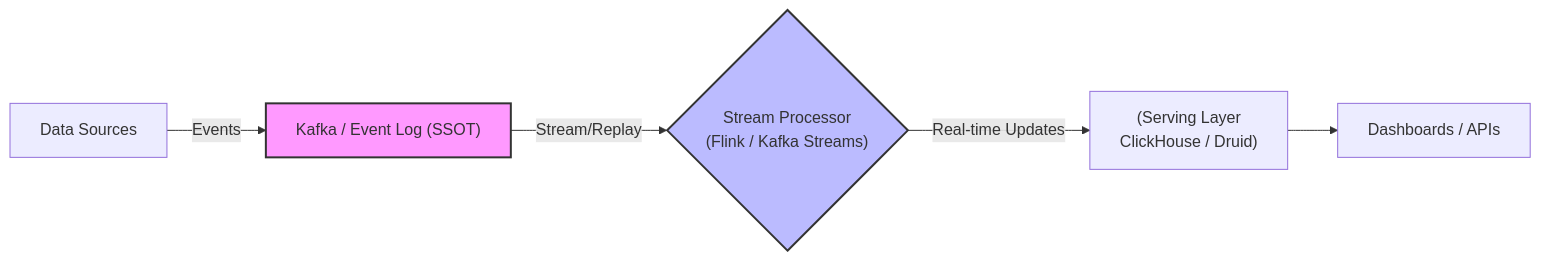
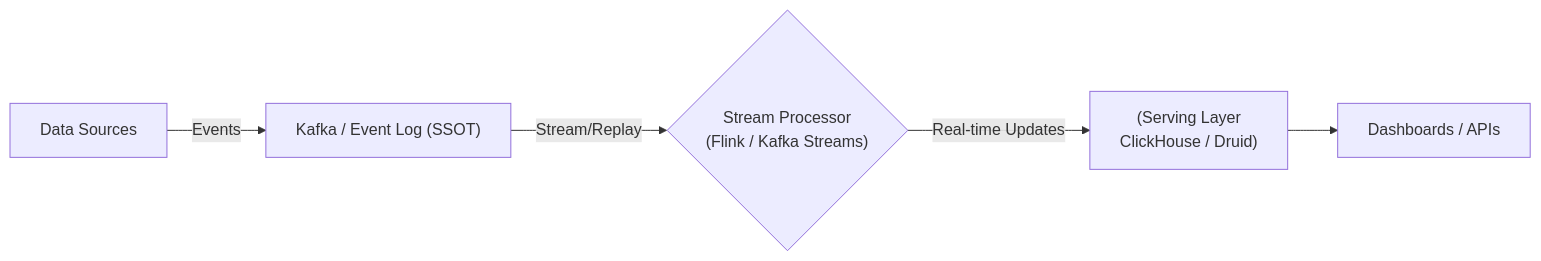
One commit to kythuatdulieu/kythuatdulieu.github.io changed the diagram in src/content/docs/concepts/1-distributed-systems-architecture/kappa-architecture.md. Above: the diagram before and after it, drawn with Mermaid. The commit also changed 686 other files, not shown here.

````diff
--- a/src/content/docs/concepts/1-distributed-systems-architecture/kappa-architecture.md
+++ b/src/content/docs/concepts/1-distributed-systems-architecture/kappa-architecture.md
@@ -34,10 +34,9 @@
 ```mermaid
 graph LR
     A["Data Sources"] -->|Events| B["Kafka / Event Log (SSOT)"]
     B -->|Stream/Replay| C{"Stream Processor<br/>(Flink / Kafka Streams)"}
     C -->|Real-time Updates| D["(Serving Layer<br/>ClickHouse / Druid)"]
     D --> E["Dashboards / APIs"]
-    
-    style B fill:#f9f,stroke:#333,stroke-width:2px
-    style C fill:#bbf,stroke:#333,stroke-width:2px
+
+
 ```
````
